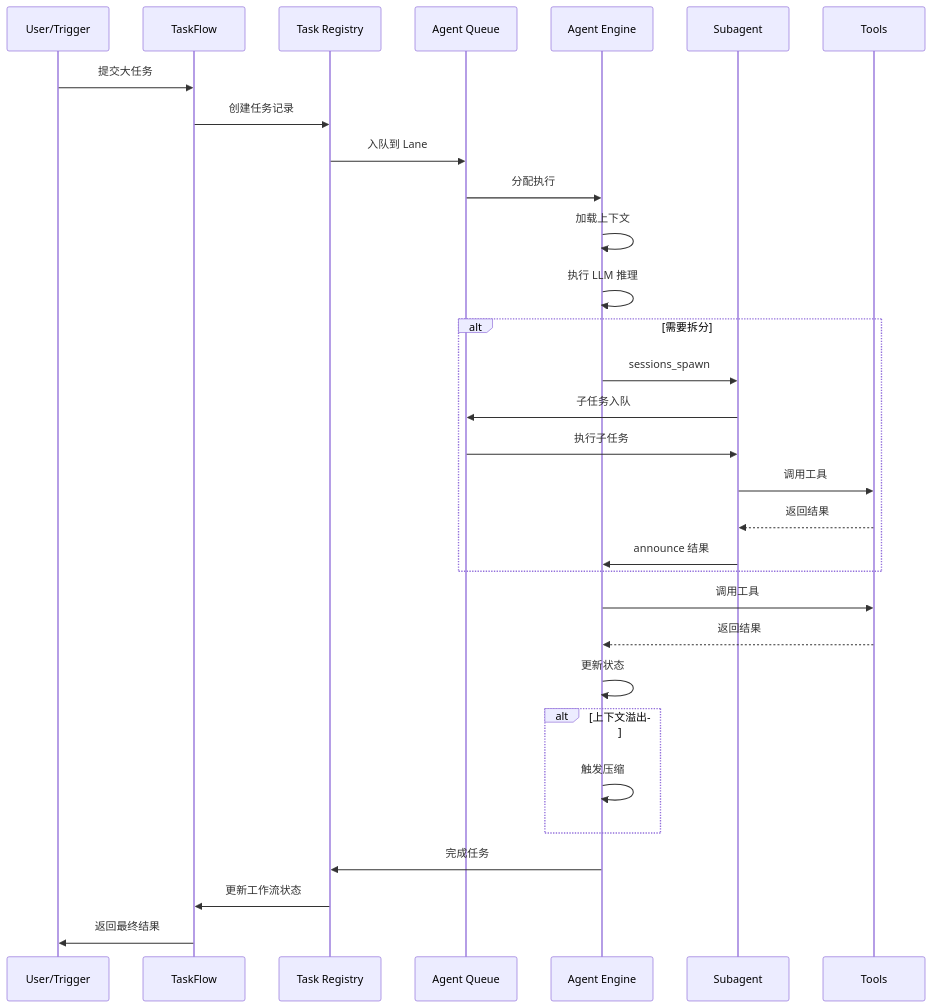
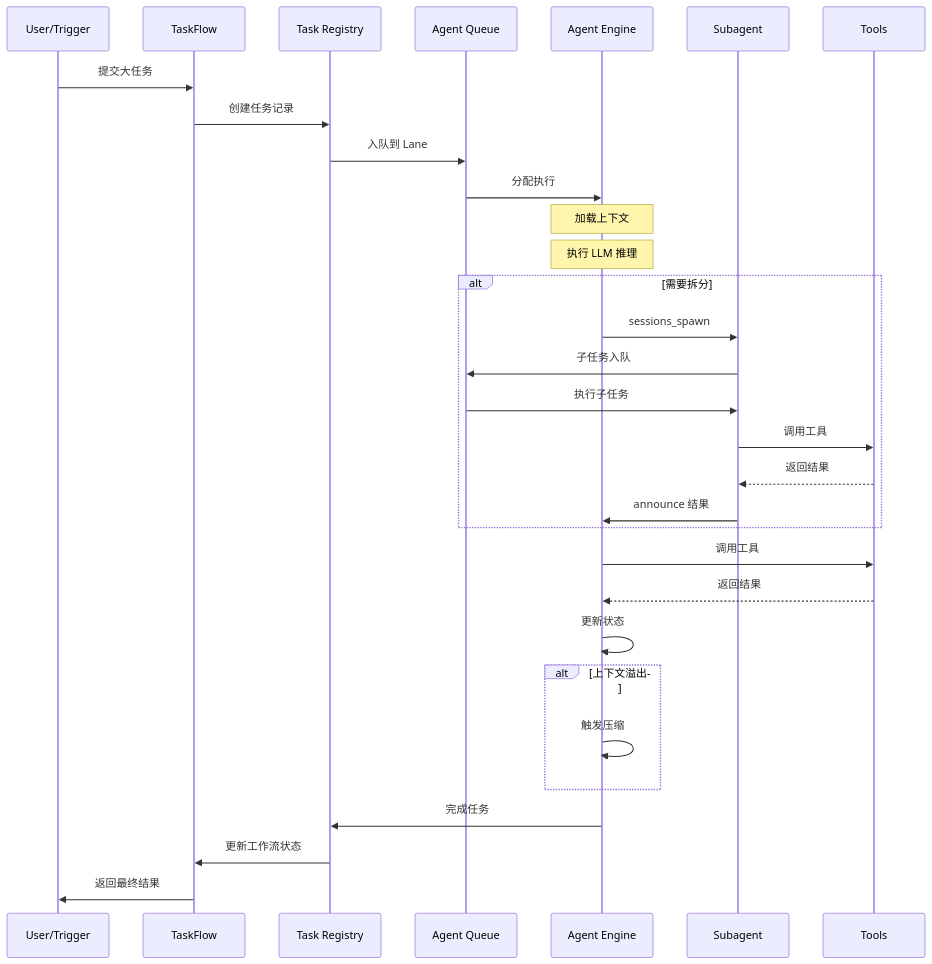
The first of 3 diagrams in docs/learning/openclaw-task-orchestration.md (rundongzhichu/openclaw), drawn with Mermaid before and after one commit. The commit also changed other lines of this file and 2 other files, not shown here.

````diff
--- a/docs/learning/openclaw-task-orchestration.md
+++ b/docs/learning/openclaw-task-orchestration.md
@@ -267,38 +353,39 @@
 ```mermaid
 sequenceDiagram
     participant U as User/Trigger
     participant TF as TaskFlow
     participant TR as Task Registry
     participant AQ as Agent Queue
     participant AE as Agent Engine
     participant SA as Subagent
     participant T as Tools
 
     U->>TF: 提交大任务
     TF->>TR: 创建任务记录
     TR->>AQ: 入队到 Lane
     AQ->>AE: 分配执行
-    AE->>AE: 加载上下文
-    AE->>AE: 执行 LLM 推理
+    
+    Note over AE: 加载上下文
+    Note over AE: 执行 LLM 推理
     
     alt 需要拆分
         AE->>SA: sessions_spawn
         SA->>AQ: 子任务入队
         AQ->>SA: 执行子任务
         SA->>T: 调用工具
         T-->>SA: 返回结果
         SA->>AE: announce 结果
     end
     
     AE->>T: 调用工具
     T-->>AE: 返回结果
     AE->>AE: 更新状态
     
     alt 上下文溢出
         AE->>AE: 触发压缩
     end
     
     AE->>TR: 完成任务
     TR->>TF: 更新工作流状态
     TF->>U: 返回最终结果
 ```
````
